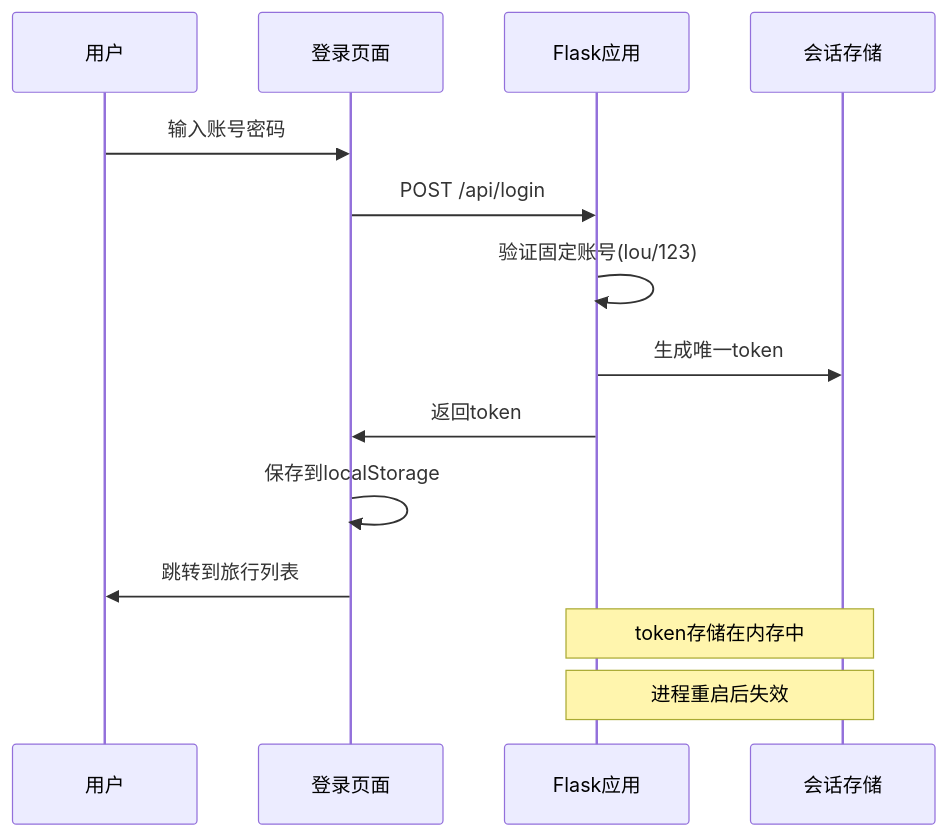
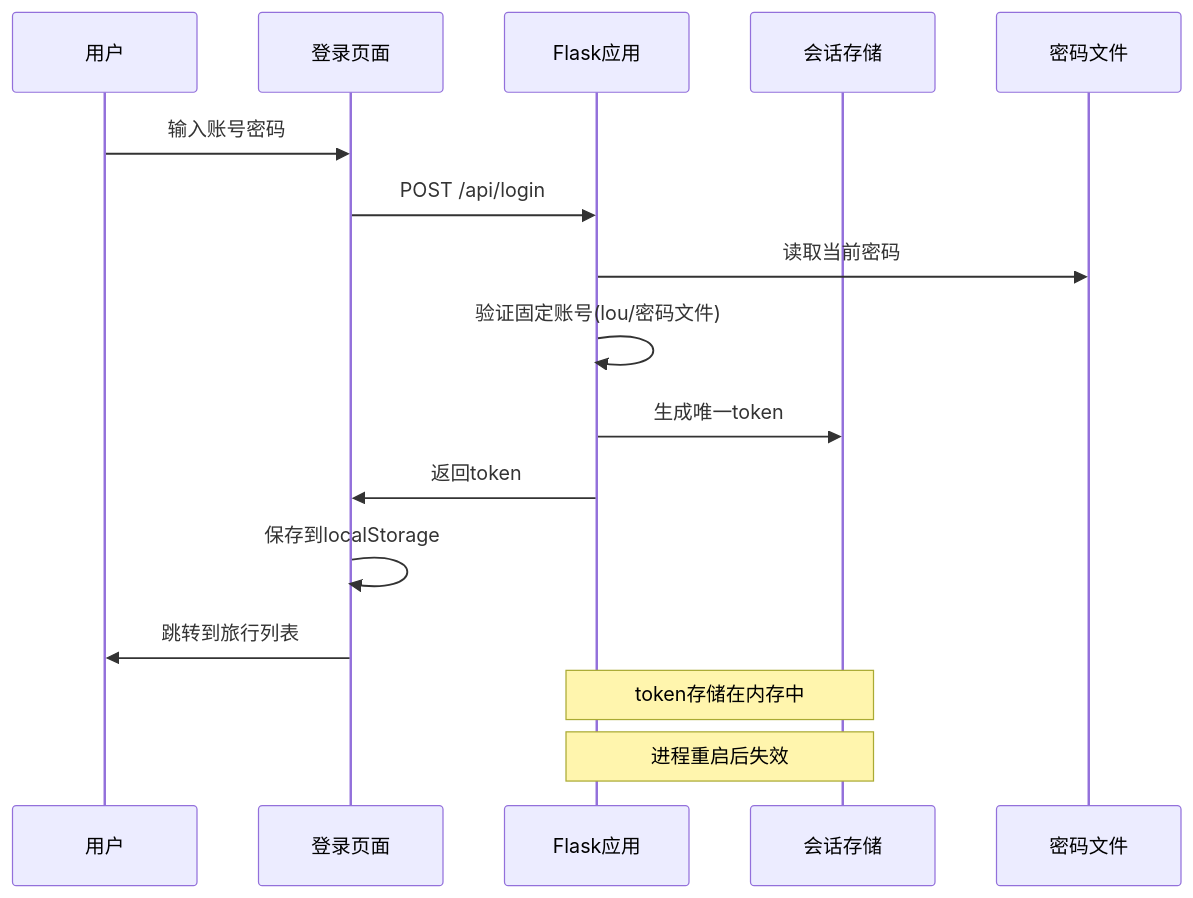
One commit to louyinmin/recorded changed the third of 21 diagrams in .qoder/repowiki/zh/content/核心功能实现/核心功能实现.md. Above: the diagram before and after it, drawn with Mermaid. The commit also changed other lines of this file and 6 other files, not shown here.

````diff
--- a/.qoder/repowiki/zh/content/核心功能实现/核心功能实现.md
+++ b/.qoder/repowiki/zh/content/核心功能实现/核心功能实现.md
@@ -119,16 +142,18 @@
 ```mermaid
 sequenceDiagram
 participant U as 用户
 participant L as 登录页面
 participant A as Flask应用
 participant S as 会话存储
+participant P as 密码文件
 U->>L : 输入账号密码
 L->>A : POST /api/login
-A->>A : 验证固定账号(lou/123)
+A->>P : 读取当前密码
+A->>A : 验证固定账号(lou/密码文件)
 A->>S : 生成唯一token
 A->>L : 返回token
 L->>L : 保存到localStorage
 L->>U : 跳转到旅行列表
 Note over A,S : token存储在内存中
 Note over A,S : 进程重启后失效
 ```
````
